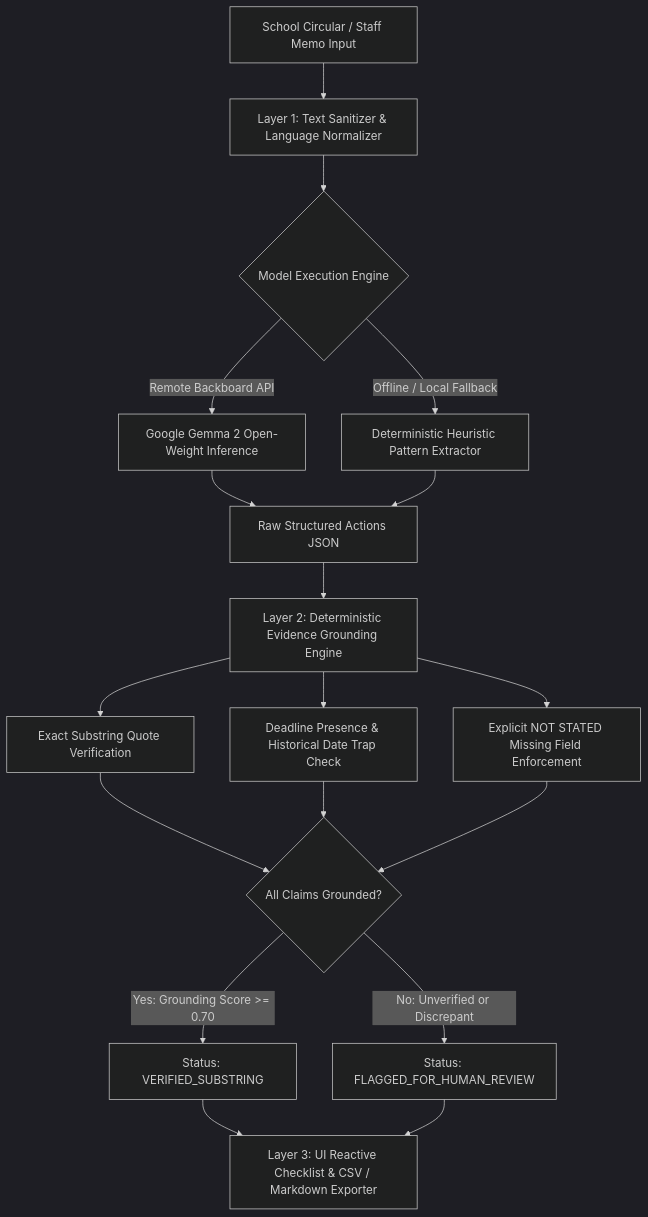
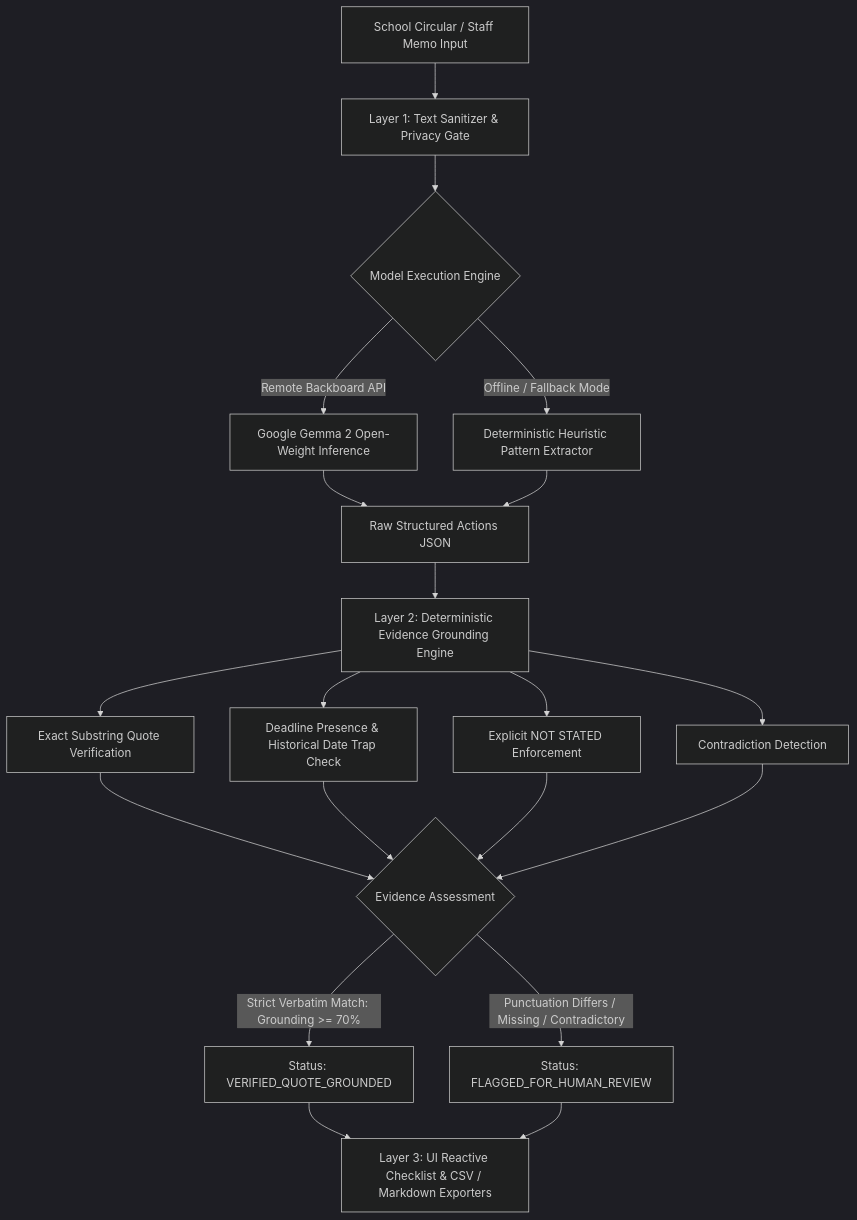
One commit to diusazzad/notice2next changed the diagram in README.md. Above: the diagram before and after it, drawn with Mermaid (dark theme). The commit also changed other lines of this file and 8 other files, not shown here.

Commit message:
fix(audit): honest grounding claims, strict trait assertions, privacy warning box, and benchmark hardening

````diff
--- a/README.md
+++ b/README.md
@@ -32,17 +32,18 @@
 ```mermaid
 flowchart TD
-    A[School Circular / Staff Memo Input] --> B[Layer 1: Text Sanitizer & Language Normalizer]
+    A[School Circular / Staff Memo Input] --> B[Layer 1: Text Sanitizer & Privacy Gate]
     B --> C{Model Execution Engine}
     C -->|Remote Backboard API| D[Google Gemma 2 Open-Weight Inference]
-    C -->|Offline / Local Fallback| E[Deterministic Heuristic Pattern Extractor]
+    C -->|Offline / Fallback Mode| E[Deterministic Heuristic Pattern Extractor]
     D --> F[Raw Structured Actions JSON]
     E --> F
     F --> G[Layer 2: Deterministic Evidence Grounding Engine]
     G --> H[Exact Substring Quote Verification]
     G --> I[Deadline Presence & Historical Date Trap Check]
-    G --> J[Explicit NOT STATED Missing Field Enforcement]
-    H & I & J --> K{All Claims Grounded?}
-    K -->|Yes: Grounding Score >= 0.70| L[Status: VERIFIED_SUBSTRING]
-    K -->|No: Unverified or Discrepant| M[Status: FLAGGED_FOR_HUMAN_REVIEW]
-    L & M --> N[Layer 3: UI Reactive Checklist & CSV / Markdown Exporter]
+    G --> J[Explicit NOT STATED Enforcement]
+    G --> K[Contradiction Detection]
+    H & I & J & K --> L{Evidence Assessment}
+    L -->|Strict Verbatim Match: Grounding >= 70%| M[Status: VERIFIED_QUOTE_GROUNDED]
+    L -->|Punctuation Differs / Missing / Contradictory| N[Status: FLAGGED_FOR_HUMAN_REVIEW]
+    M & N --> O[Layer 3: UI Reactive Checklist & CSV / Markdown Exporters]
 ```
````
